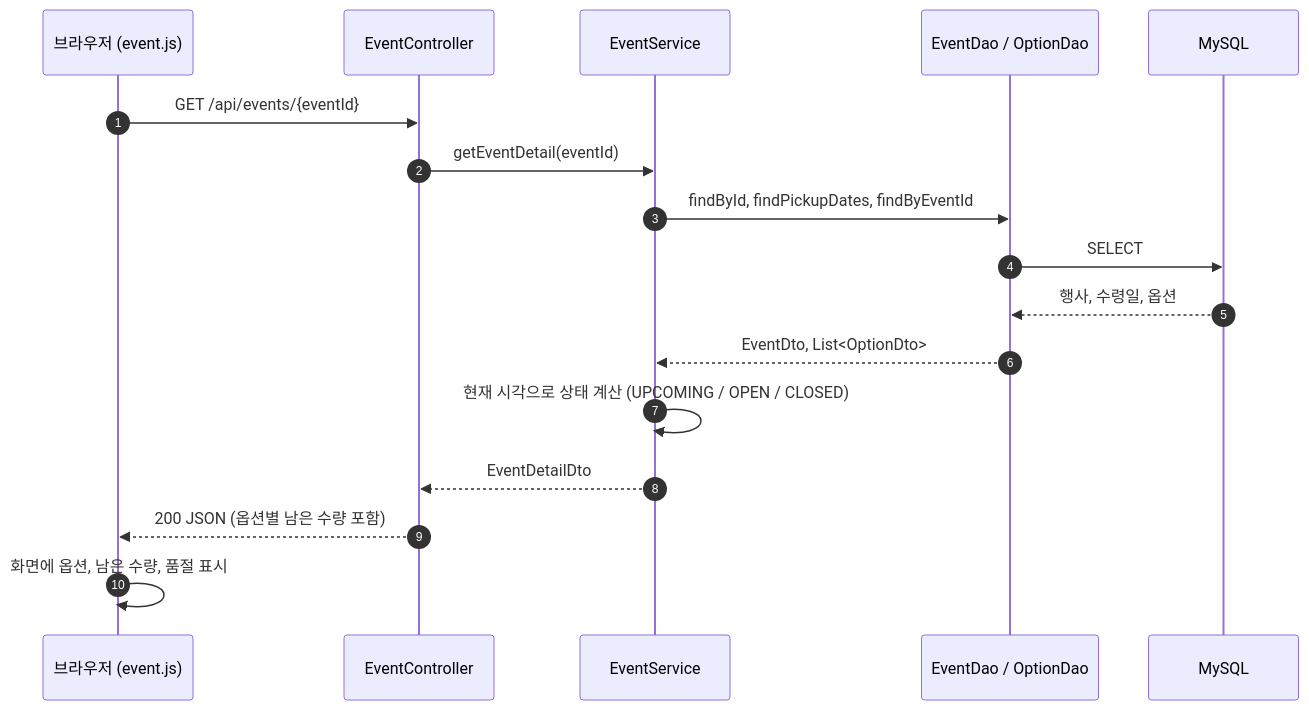
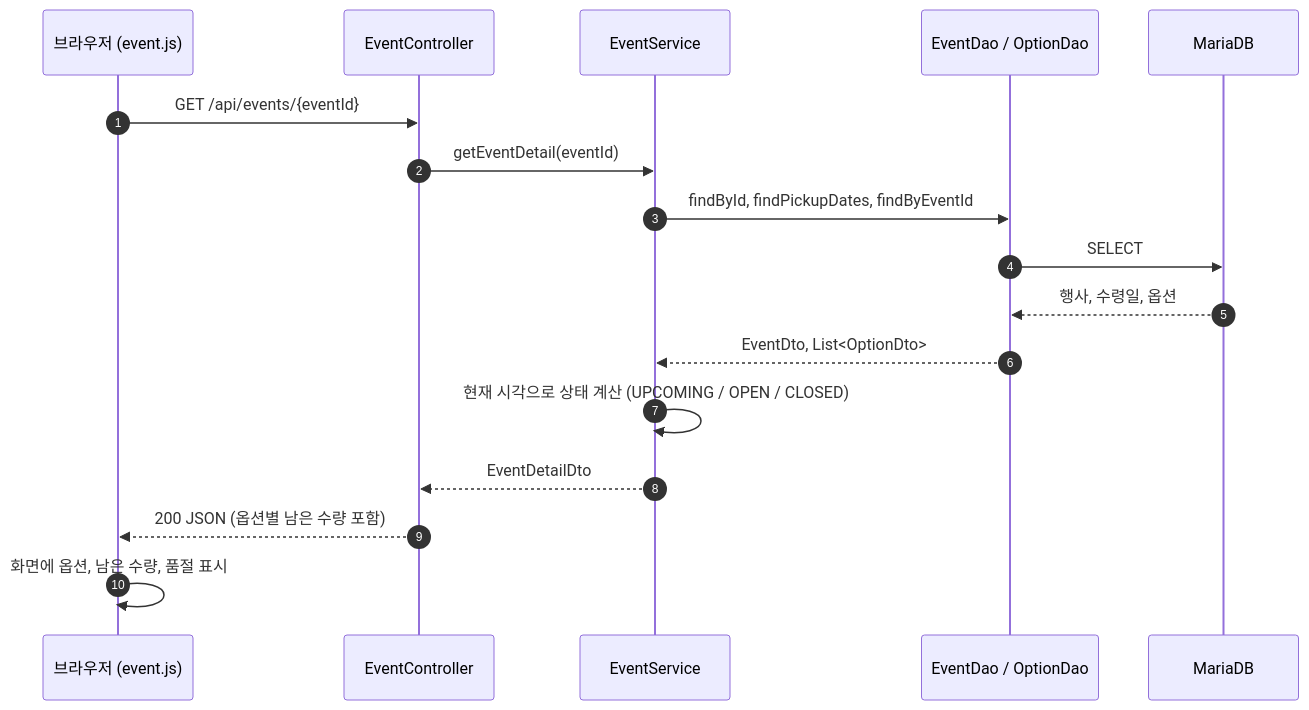
The third of 4 diagrams in docs/design-system-structure.md (xeoucys/Coma), drawn with Mermaid before and after one commit. The commit also changed other lines of this file and 7 other files, not shown here.

````diff
--- a/docs/design-system-structure.md
+++ b/docs/design-system-structure.md
@@ -266,20 +266,20 @@
 ```mermaid
 sequenceDiagram
     autonumber
     participant B as 브라우저 (event.js)
     participant C as EventController
     participant S as EventService
     participant D as EventDao / OptionDao
-    participant DB as MySQL
+    participant DB as MariaDB
 
     B->>C: GET /api/events/{eventId}
     C->>S: getEventDetail(eventId)
     S->>D: findById, findPickupDates, findByEventId
     D->>DB: SELECT
     DB-->>D: 행사, 수령일, 옵션
     D-->>S: EventDto, List<OptionDto>
     S->>S: 현재 시각으로 상태 계산 (UPCOMING / OPEN / CLOSED)
     S-->>C: EventDetailDto
     C-->>B: 200 JSON (옵션별 남은 수량 포함)
     B->>B: 화면에 옵션, 남은 수량, 품절 표시
 ```
````
